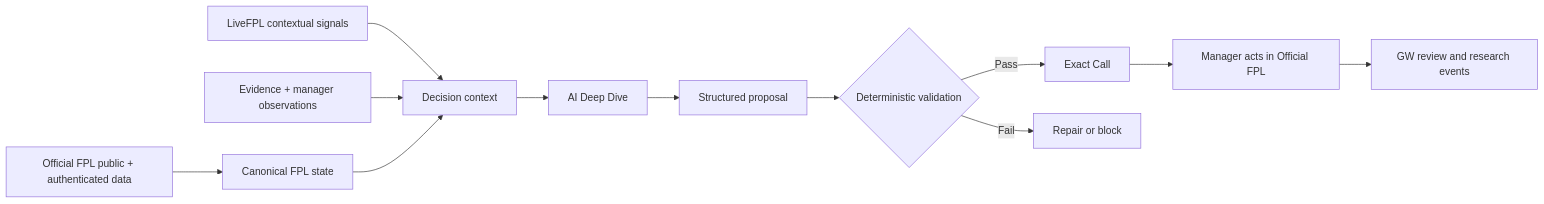
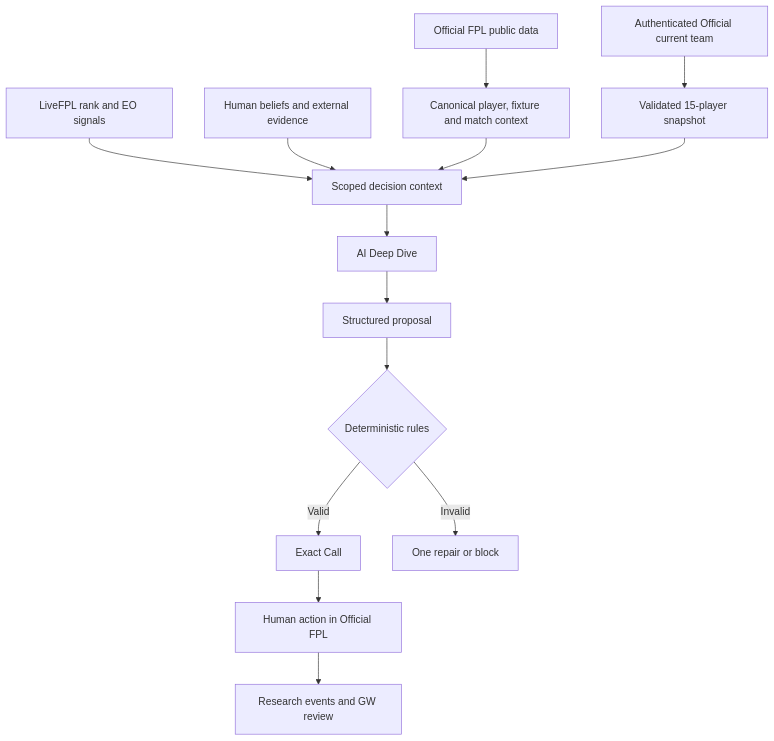
Before and after one commit to SHV-19/FPL-Decision-Engine: the diagram in README.md, drawn with Mermaid. The commit also changed other lines of this file and 2 other files, not shown here.

First line of the commit message:
Polish recruiter-facing README and correct public release status (#2)

````diff
--- a/README.md
+++ b/README.md
@@ -11,14 +39,16 @@
 ```mermaid
-flowchart LR
-    A[Official FPL public + authenticated data] --> D[Canonical FPL state]
-    B[LiveFPL contextual signals] --> E[Decision context]
-    C[Evidence + manager observations] --> E
-    D --> E
-    E --> F[AI Deep Dive]
-    F --> G[Structured proposal]
-    G --> H{Deterministic validation}
-    H -->|Pass| I[Exact Call]
-    H -->|Fail| J[Repair or block]
-    I --> K[Manager acts in Official FPL]
-    K --> L[GW review and research events]
+flowchart TD
+  O[Official FPL public data] --> C[Canonical player, fixture and match context]
+  A[Authenticated Official current team] --> T[Validated 15-player snapshot]
+  L[LiveFPL rank and EO signals] --> K[Scoped decision context]
+  H[Human beliefs and external evidence] --> K
+  C --> K
+  T --> K
+  K --> D[AI Deep Dive]
+  D --> P[Structured proposal]
+  P --> V{Deterministic rules}
+  V -->|Valid| X[Exact Call]
+  V -->|Invalid| R[One repair or block]
+  X --> F[Human action in Official FPL]
+  F --> E[Research events and GW review]
 ```
````
